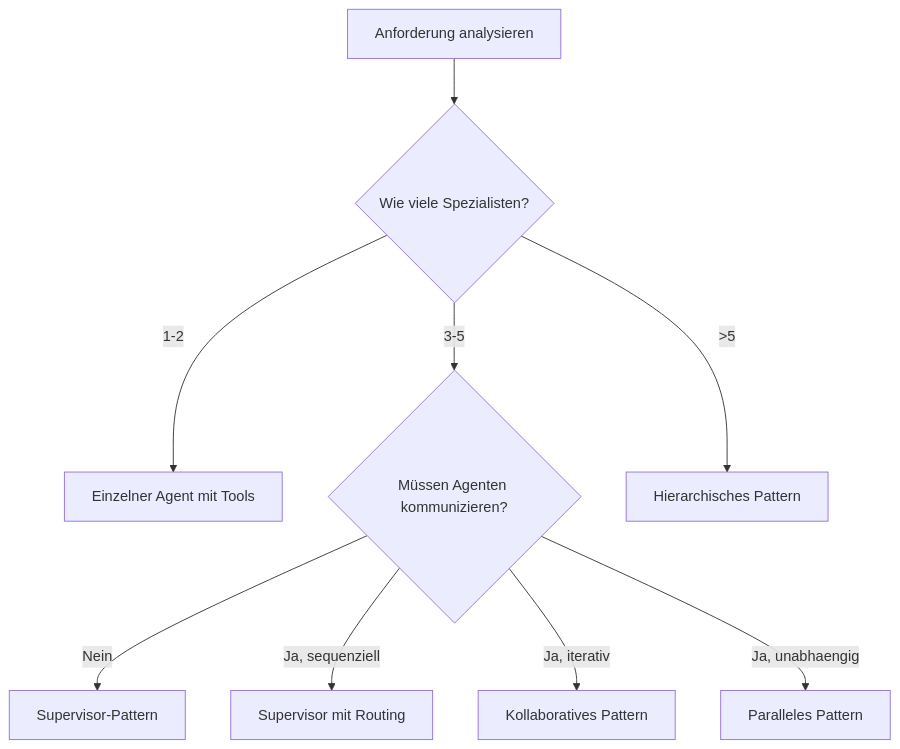
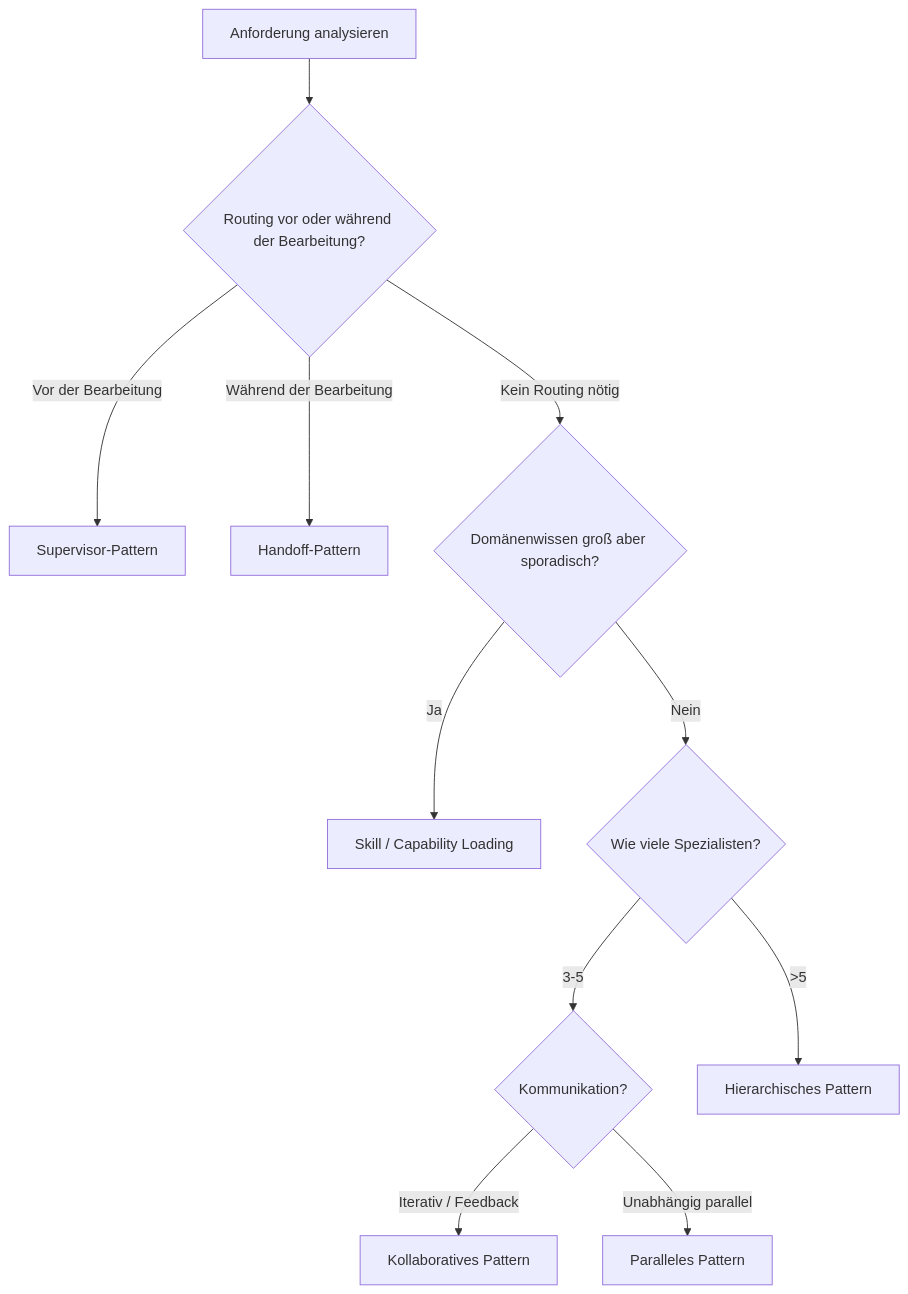
One commit to ralf-42/Agenten changed the ninth of 9 diagrams in docs/concepts/Multi_Agent_Systeme.md. Above: the diagram before and after it, drawn with Mermaid. The commit also changed other lines of this file and 47 other files, not shown here.

````diff
--- a/docs/concepts/Multi_Agent_Systeme.md
+++ b/docs/concepts/Multi_Agent_Systeme.md
@@ -638,12 +849,13 @@
 ```mermaid
 flowchart TD
-    A[Anforderung analysieren] --> B{Wie viele Spezialisten?}
-    B -->|1-2| C[Einzelner Agent mit Tools]
-    B -->|3-5| D{Müssen Agenten kommunizieren?}
-    B -->|>5| E[Hierarchisches Pattern]
-    
-    D -->|Nein| F[Supervisor-Pattern]
-    D -->|Ja, sequenziell| G[Supervisor mit Routing]
-    D -->|Ja, iterativ| H[Kollaboratives Pattern]
-    D -->|Ja, unabhaengig| I[Paralleles Pattern]
+    A[Anforderung analysieren] --> B{Routing vor oder während der Bearbeitung?}
+    B -->|Vor der Bearbeitung| C[Supervisor-Pattern]
+    B -->|Während der Bearbeitung| D[Handoff-Pattern]
+    B -->|Kein Routing nötig| E{Domänenwissen groß aber sporadisch?}
+    E -->|Ja| F[Skill / Capability Loading]
+    E -->|Nein| G{Wie viele Spezialisten?}
+    G -->|3-5| H{Kommunikation?}
+    G -->|>5| I[Hierarchisches Pattern]
+    H -->|Iterativ / Feedback| J[Kollaboratives Pattern]
+    H -->|Unabhängig parallel| K[Paralleles Pattern]
 ```
````
